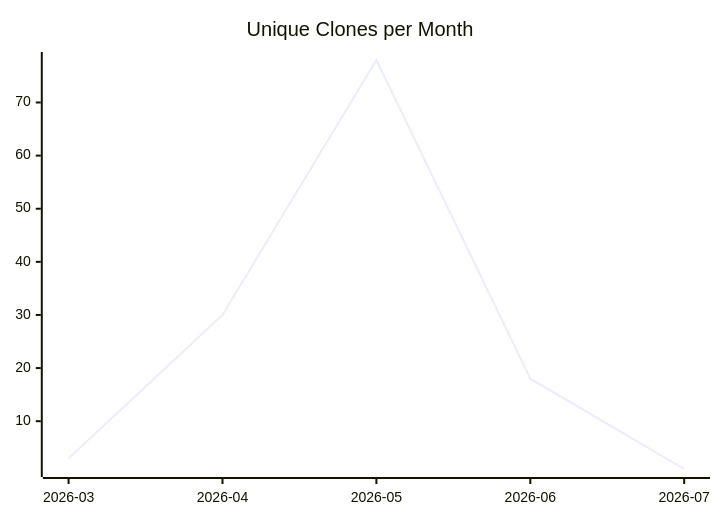
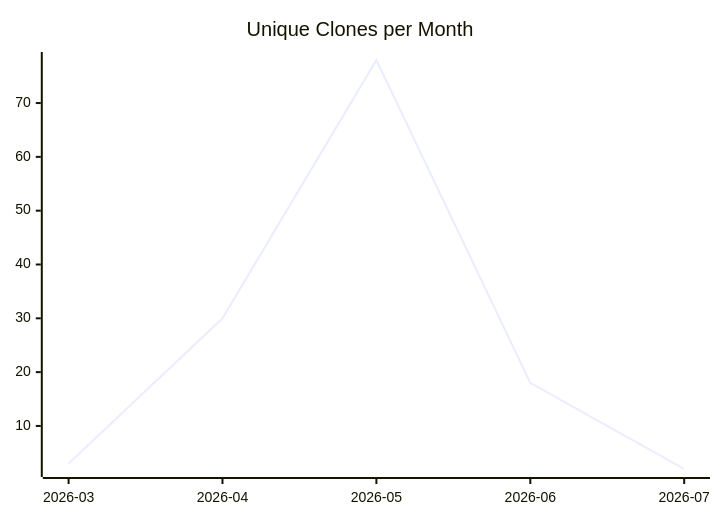
The third of 3 diagrams in karlmdavis/justdavis-ansible/README.md (justdavis-family/github-analytics-data), drawn with Mermaid before and after one commit. The commit also changed other lines of this file and 193 other files, not shown here.

````diff
--- a/karlmdavis/justdavis-ansible/README.md
+++ b/karlmdavis/justdavis-ansible/README.md
@@ -19,6 +19,6 @@
 ```mermaid
 xychart-beta
   title "Unique Clones per Month"
   x-axis ["2026-03", "2026-04", "2026-05", "2026-06", "2026-07"]
-  line [3, 30, 78, 18, 1]
+  line [3, 30, 78, 18, 2]
 ```
````
